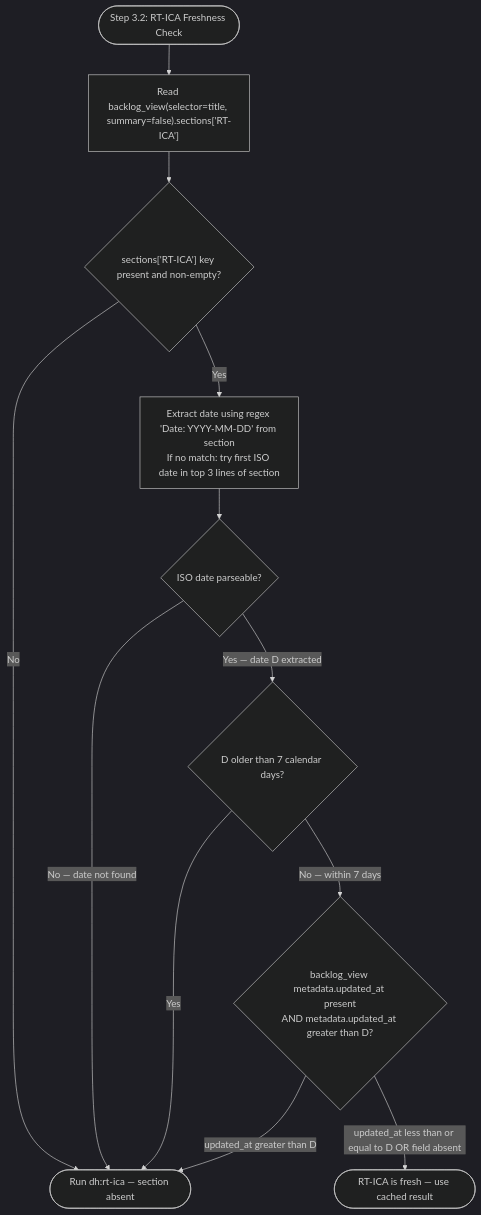
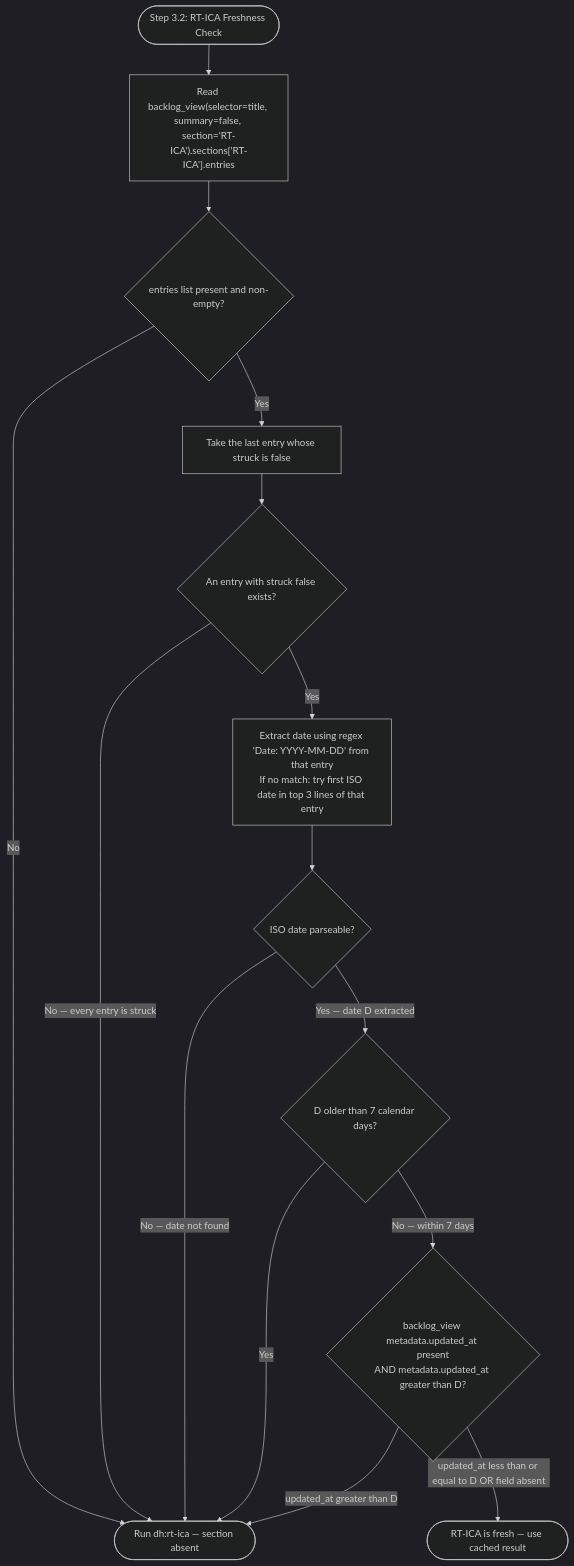
One commit to Jamie-BitFlight/claude_skills changed the diagram in plugins/development-harness/skills/work-backlog-item/references/workflows/work/rt-ica-gate.md. Above: the diagram before and after it, drawn with Mermaid (dark theme). The commit also changed other lines of this file and 24 other files, not shown here.

First line of the commit message:
fix(dh): make groom and close match the backlog operations and name failure causes

````diff
--- a/plugins/development-harness/skills/work-backlog-item/references/workflows/work/rt-ica-gate.md
+++ b/plugins/development-harness/skills/work-backlog-item/references/workflows/work/rt-ica-gate.md
@@ -7,14 +12,17 @@
 ```mermaid
 flowchart TD
-    RCheck(["Step 3.2: RT-ICA Freshness Check"]) --> Get["Read backlog_view(selector=title, summary=false).sections['RT-ICA']"]
-    Get --> Absent{"sections['RT-ICA'] key present and non-empty?"}
+    RCheck(["Step 3.2: RT-ICA Freshness Check"]) --> Get["Read backlog_view(selector=title, summary=false, section='RT-ICA').sections['RT-ICA'].entries"]
+    Get --> Absent{"entries list present and non-empty?"}
     Absent -->|"No"| RunRTICA(["Run dh:rt-ica — section absent"])
-    Absent -->|"Yes"| ParseDate["Extract date using regex 'Date: YYYY-MM-DD' from section<br>If no match: try first ISO date in top 3 lines of section"]
+    Absent -->|"Yes"| Last["Take the last entry whose struck is false"]
+    Last --> NoneActive{"An entry with struck false exists?"}
+    NoneActive -->|"No — every entry is struck"| RunRTICA
+    NoneActive -->|"Yes"| ParseDate["Extract date using regex 'Date: YYYY-MM-DD' from that entry<br>If no match: try first ISO date in top 3 lines of that entry"]
     ParseDate --> DateFound{"ISO date parseable?"}
     DateFound -->|"No — date not found"| RunRTICA
     DateFound -->|"Yes — date D extracted"| Check1{"D older than 7 calendar days?"}
     Check1 -->|"Yes"| RunRTICA
     Check1 -->|"No — within 7 days"| Check2{"backlog_view metadata.updated_at present<br>AND metadata.updated_at greater than D?"}
     Check2 -->|"updated_at greater than D"| RunRTICA
     Check2 -->|"updated_at less than or equal to D OR field absent"| UseCache(["RT-ICA is fresh — use cached result"])
 ```
````
